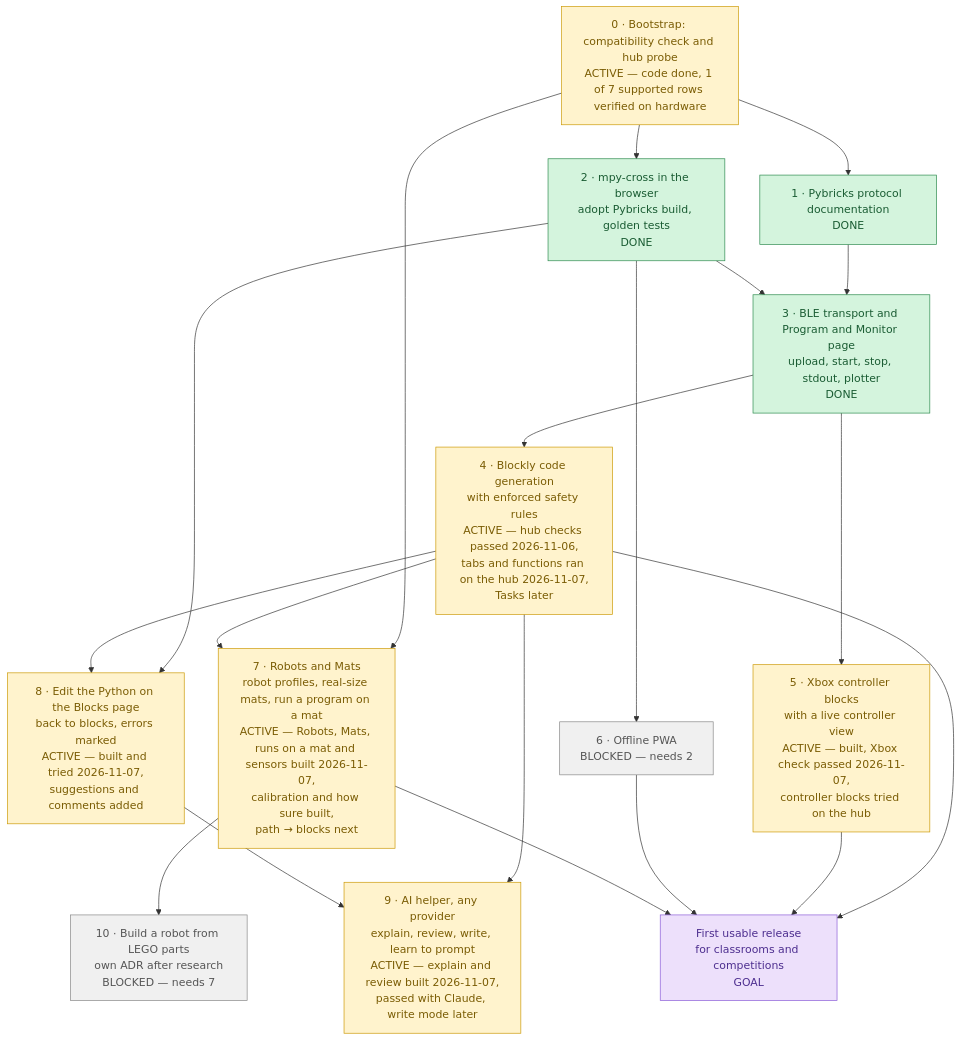
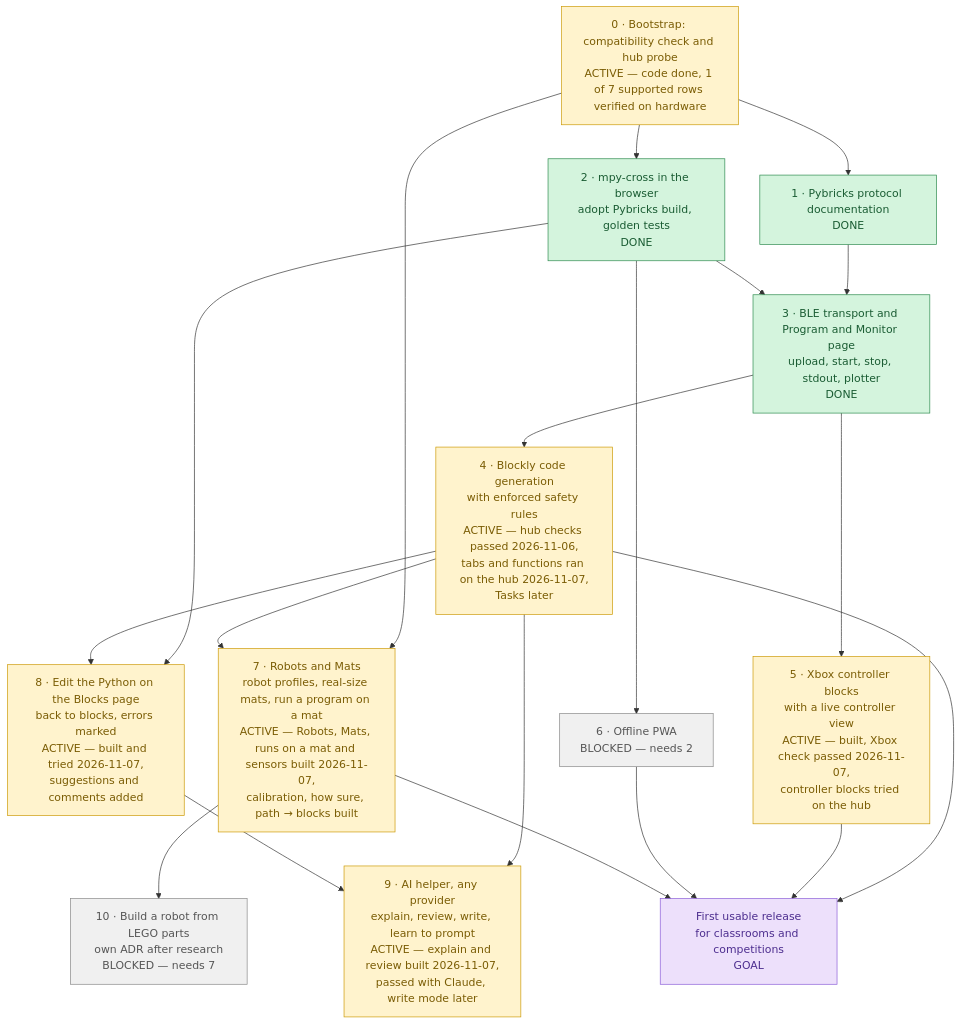
Before and after one commit to lumduan/matpilot: the diagram in docs/roadmap.md, drawn with Mermaid. The commit also changed other lines of this file and 19 other files, not shown here.

First line of the commit message:
feat(mats): draw a path on the mat, and make it blocks

````diff
--- a/docs/roadmap.md
+++ b/docs/roadmap.md
@@ -10,49 +10,49 @@
 ```mermaid
 flowchart TD
     M0["0 · Bootstrap: compatibility check and hub probe<br/>ACTIVE — code done, 1 of 7 supported rows verified on hardware"]
     M1["1 · Pybricks protocol documentation<br/>DONE"]
     M2["2 · mpy-cross in the browser<br/>adopt Pybricks build, golden tests<br/>DONE"]
     M3["3 · BLE transport and Program and Monitor page<br/>upload, start, stop, stdout, plotter<br/>DONE"]
     M4["4 · Blockly code generation<br/>with enforced safety rules<br/>ACTIVE — hub checks passed 2026-11-06,<br/>tabs and functions ran on the hub 2026-11-07,<br/>Tasks later"]
     M5["5 · Xbox controller blocks<br/>with a live controller view<br/>ACTIVE — built, Xbox check passed 2026-11-07,<br/>controller blocks tried on the hub"]
     M6["6 · Offline PWA<br/>BLOCKED — needs 2"]
-    M7["7 · Robots and Mats<br/>robot profiles, real-size mats, run a program on a mat<br/>ACTIVE — Robots, Mats, runs on a mat and sensors built 2026-11-07,<br/>calibration and how sure built,<br/>path → blocks next"]
+    M7["7 · Robots and Mats<br/>robot profiles, real-size mats, run a program on a mat<br/>ACTIVE — Robots, Mats, runs on a mat and sensors built 2026-11-07,<br/>calibration, how sure, path → blocks built"]
     M10["10 · Build a robot from LEGO parts<br/>own ADR after research<br/>BLOCKED — needs 7"]
     M8["8 · Edit the Python on the Blocks page<br/>back to blocks, errors marked<br/>ACTIVE — built and tried 2026-11-07,<br/>suggestions and comments added"]
     M9["9 · AI helper, any provider<br/>explain, review, write, learn to prompt<br/>ACTIVE — explain and review built 2026-11-07,<br/>passed with Claude, write mode later"]
     GOAL["First usable release<br/>for classrooms and competitions<br/>GOAL"]
 
     M0 --> M1
     M0 --> M2
     M0 --> M7
     M4 --> M7
     M7 --> M10
     M1 --> M3
     M2 --> M3
     M3 --> M4
     M3 --> M5
     M2 --> M6
     M4 --> GOAL
     M5 --> GOAL
     M6 --> GOAL
     M7 --> GOAL
     M2 --> M8
     M4 --> M8
     M4 --> M9
     M8 --> M9
 
     classDef done     fill:#d4f4dd,stroke:#2d8a4e,color:#1a5c33
     classDef active   fill:#fff3cd,stroke:#cc9a06,color:#7a5c04
     classDef ready    fill:#d6e9ff,stroke:#3b7dd8,color:#1e4d8f
     classDef blocked  fill:#f0f0f0,stroke:#888,color:#555
     classDef goal     fill:#ede0fb,stroke:#8a5cd8,color:#4d2e8f
     classDef decision fill:#fde0e0,stroke:#d05555,color:#8f2e2e
 
     class M0,M4,M5 active
     class M1,M2,M3 done
     class M7 active
     class M6,M10 blocked
     class GOAL goal
     class M8 active
     class M9 active
 ```
````
